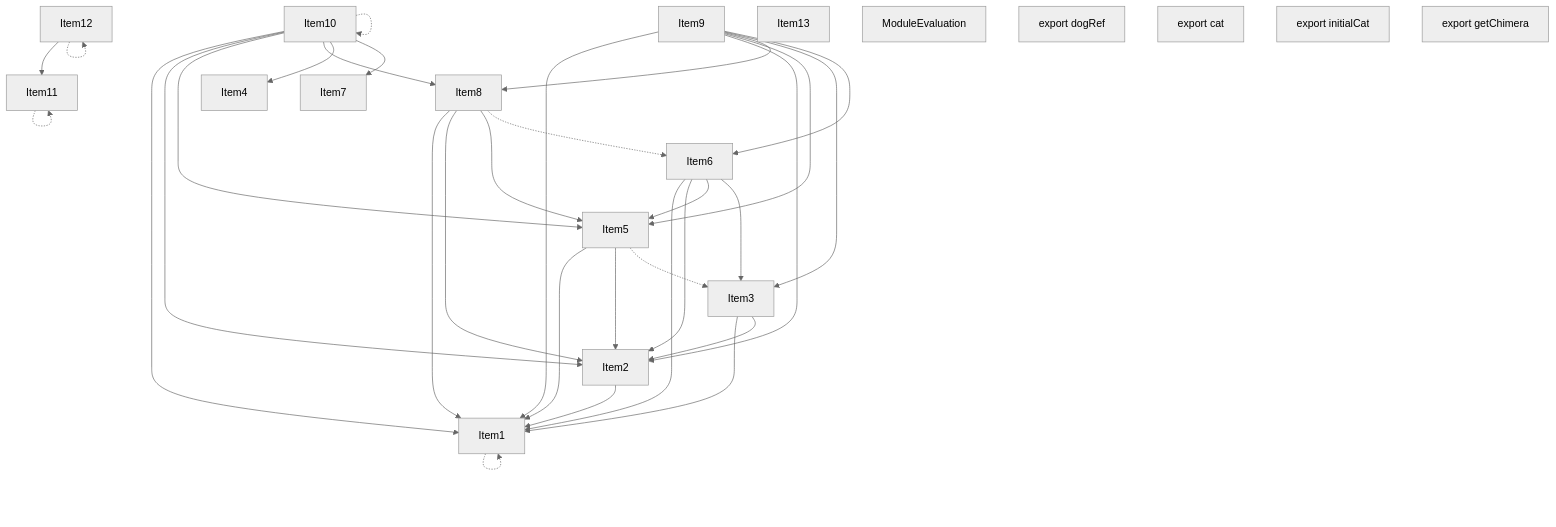
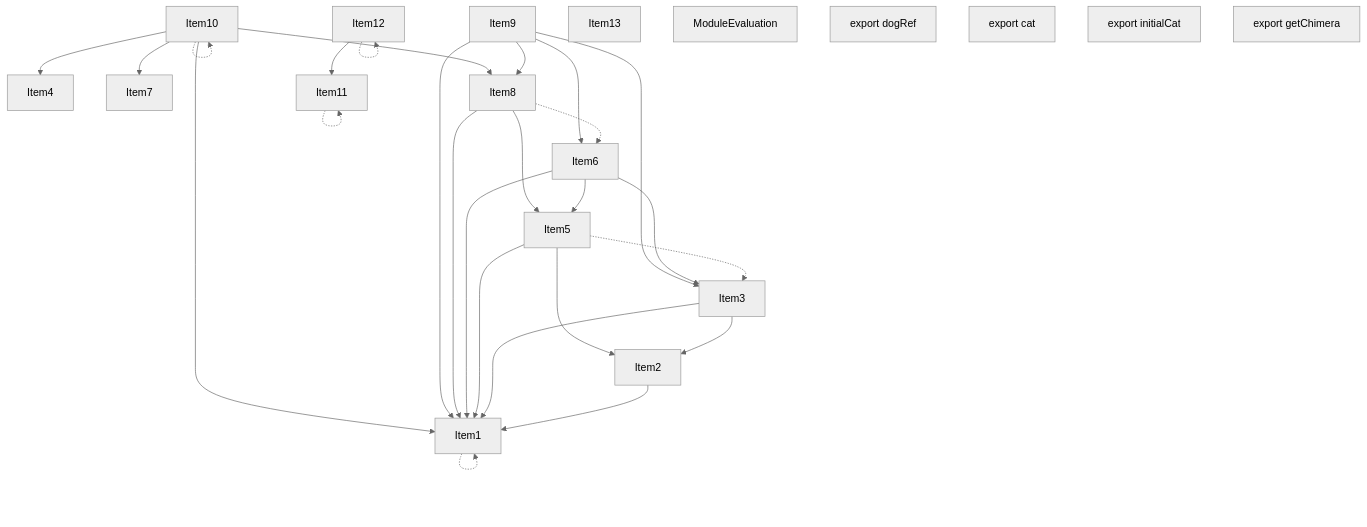
One commit to vercel/turborepo changed the second of 5 diagrams in crates/turbopack-ecmascript/tests/tree-shaker/analyzer/complex/output.md. Above: the diagram before and after it, drawn with Mermaid (neutral theme). The commit also changed other lines of this file and 20 other files, not shown here.

````diff
--- a/crates/turbopack-ecmascript/tests/tree-shaker/analyzer/complex/output.md
+++ b/crates/turbopack-ecmascript/tests/tree-shaker/analyzer/complex/output.md
@@ -181,57 +181,51 @@
 ```mermaid
 graph TD
     Item1;
     Item2;
     Item3;
     Item4;
     Item5;
     Item6;
     Item7;
     Item8;
     Item9;
     Item10;
     Item11;
     Item12;
     Item13;
     Item14;
     Item14["ModuleEvaluation"];
     Item15;
     Item15["export dogRef"];
     Item16;
     Item16["export cat"];
     Item17;
     Item17["export initialCat"];
     Item18;
     Item18["export getChimera"];
     Item1 -.-> Item1;
     Item2 --> Item1;
+    Item3 --> Item2;
     Item3 --> Item1;
-    Item3 --> Item2;
+    Item5 --> Item2;
     Item5 --> Item1;
-    Item5 --> Item2;
     Item5 -.-> Item3;
+    Item6 --> Item5;
     Item6 --> Item1;
-    Item6 --> Item2;
-    Item6 --> Item5;
     Item6 --> Item3;
+    Item8 --> Item5;
     Item8 --> Item1;
-    Item8 --> Item2;
-    Item8 --> Item5;
     Item8 -.-> Item6;
+    Item9 --> Item8;
     Item9 --> Item1;
-    Item9 --> Item2;
-    Item9 --> Item5;
-    Item9 --> Item8;
     Item9 --> Item3;
     Item9 --> Item6;
+    Item10 --> Item8;
     Item10 --> Item1;
-    Item10 --> Item2;
-    Item10 --> Item5;
-    Item10 --> Item8;
     Item10 --> Item4;
     Item10 --> Item7;
     Item10 -.-> Item10;
     Item11 -.-> Item11;
     Item12 --> Item11;
     Item12 -.-> Item12;
 ```
````
